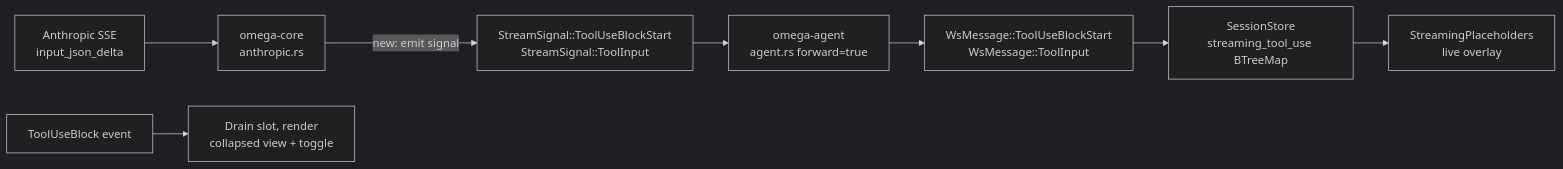
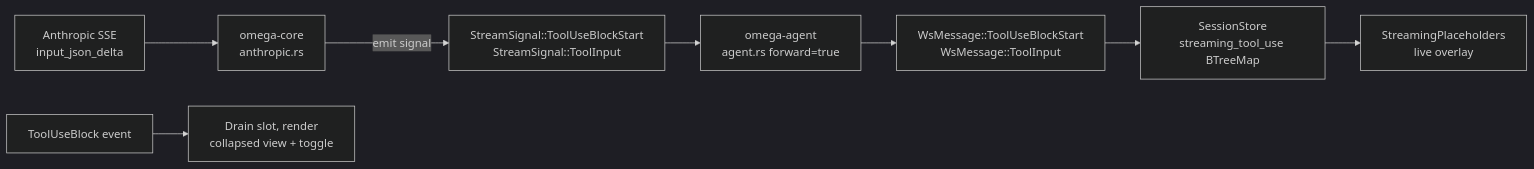
One commit to cfuehrmann/omega changed the diagram in backlog/tool-input-streaming.md. Above: the diagram before and after it, drawn with Mermaid (dark theme). The commit also changed other lines of this file, not shown here.

Commit message:
docs: mark tool-input-streaming backlog complete; note deferred e2e overlay test

````diff
--- a/backlog/tool-input-streaming.md
+++ b/backlog/tool-input-streaming.md
@@ -108,10 +105,10 @@
 ```mermaid
 flowchart LR
     A[Anthropic SSE<br/>input_json_delta] --> B[omega-core<br/>anthropic.rs]
-    B -->|new: emit signal| C[StreamSignal::ToolUseBlockStart<br/>StreamSignal::ToolInput]
+    B -->|emit signal| C[StreamSignal::ToolUseBlockStart<br/>StreamSignal::ToolInput]
     C --> D[omega-agent<br/>agent.rs forward=true]
     D --> E[WsMessage::ToolUseBlockStart<br/>WsMessage::ToolInput]
     E --> F[SessionStore<br/>streaming_tool_use BTreeMap]
     F --> G[StreamingPlaceholders<br/>live overlay]
     H[ToolUseBlock event] --> I[Drain slot, render<br/>collapsed view + toggle]
 ```
````
